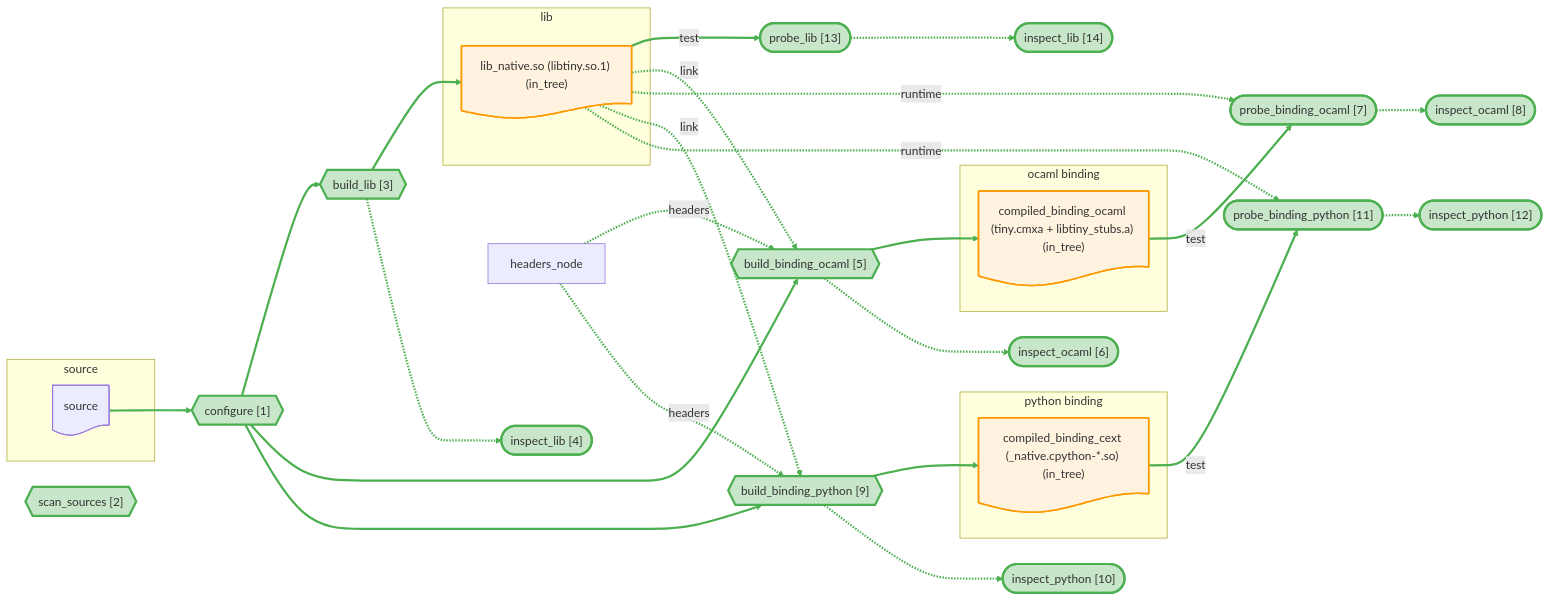
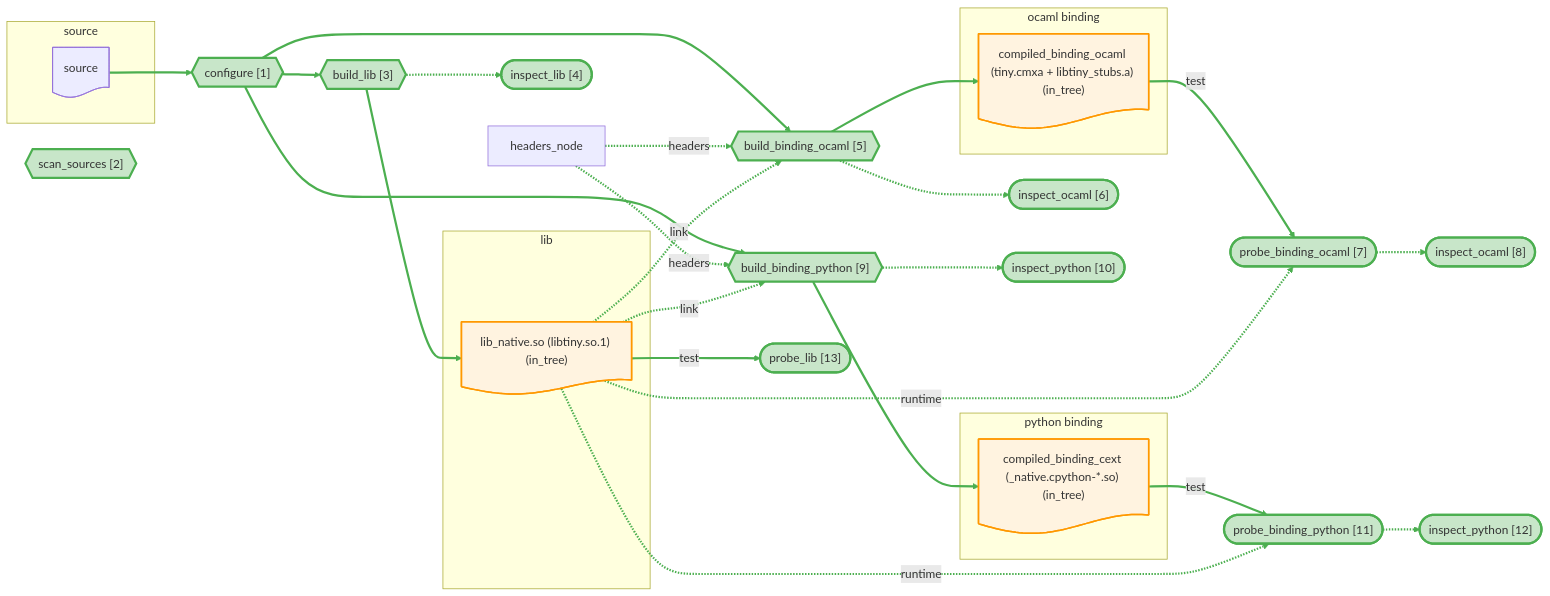
One commit to JHU-PL-Lab/tola changed the diagram in docs/canary/projects/tiny/-run/diagrams/full.mmd. Above: the diagram before and after it, drawn with Mermaid. The commit also changed 17 other files, not shown here.

```diff
--- a/docs/canary/projects/tiny/-run/diagrams/full.mmd
+++ b/docs/canary/projects/tiny/-run/diagrams/full.mmd
@@ -1,98 +1,94 @@
 %% view: full
 graph LR
     subgraph source_sg ["source"]
       source_node@{ shape: doc, label: "source" }
     end
     subgraph lib_sg ["lib"]
       lib_node@{ shape: doc, label: "lib_native.so (libtiny.so.1) (in_tree)" }
     end
     subgraph ocaml_binding_sg ["ocaml binding"]
       ocaml_binding_node@{ shape: doc, label: "compiled_binding_ocaml (tiny.cmxa + libtiny_stubs.a) (in_tree)" }
     end
     subgraph python_binding_sg ["python binding"]
       python_binding_node@{ shape: doc, label: "compiled_binding_cext (_native.cpython-*.so) (in_tree)" }
     end
 
     A_configure{{"configure [1]"}}
     A_scan_sources{{"scan_sources [2]"}}
     A_build_lib{{"build_lib [3]"}}
     A_build_lib_inspect(["inspect_lib [4]"])
     A_build_binding_ocaml{{"build_binding_ocaml [5]"}}
     A_build_binding_ocaml_inspect(["inspect_ocaml [6]"])
     A_probe_binding_ocaml(["probe_binding_ocaml [7]"])
     A_probe_binding_ocaml_inspect(["inspect_ocaml [8]"])
     A_build_binding_python{{"build_binding_python [9]"}}
     A_build_binding_python_inspect(["inspect_python [10]"])
     A_probe_binding_python(["probe_binding_python [11]"])
     A_probe_binding_python_inspect(["inspect_python [12]"])
     A_probe_lib(["probe_lib [13]"])
-    A_probe_lib_inspect(["inspect_lib [14]"])
 
     source_node --> A_configure
     A_configure --> A_build_lib
     A_build_lib --> lib_node
     lib_node -->|test| A_probe_lib
     A_configure --> A_build_binding_ocaml
     headers_node -.->|headers| A_build_binding_ocaml
     lib_node -.->|link| A_build_binding_ocaml
     A_build_binding_ocaml --> ocaml_binding_node
     ocaml_binding_node -->|test| A_probe_binding_ocaml
     lib_node -.->|runtime| A_probe_binding_ocaml
     A_configure --> A_build_binding_python
     headers_node -.->|headers| A_build_binding_python
     lib_node -.->|link| A_build_binding_python
     A_build_binding_python --> python_binding_node
     python_binding_node -->|test| A_probe_binding_python
     lib_node -.->|runtime| A_probe_binding_python
     A_build_lib -.-> A_build_lib_inspect
     A_build_binding_ocaml -.-> A_build_binding_ocaml_inspect
     A_probe_binding_ocaml -.-> A_probe_binding_ocaml_inspect
     A_build_binding_python -.-> A_build_binding_python_inspect
     A_probe_binding_python -.-> A_probe_binding_python_inspect
-    A_probe_lib -.-> A_probe_lib_inspect
 
     classDef artifact fill:#fff3e0,stroke:#ff9800,stroke-width:2px
     classDef store fill:#e8eaf6,stroke:#3f51b5,stroke-width:1.5px
     classDef st_done fill:#c8e6c9,stroke:#4caf50,stroke-width:3px
     classDef st_done_ctx fill:#e8f5e9,stroke:#a5d6a7,stroke-width:1.5px
     classDef st_expected_fail fill:#fff9c4,stroke:#f9a825,stroke-width:2px
     classDef st_failed fill:#ffcdd2,stroke:#c62828,stroke-width:2px
     classDef st_skipped fill:#f5f5f5,stroke:#9e9e9e,stroke-dasharray:5
     classDef st_nospec fill:#fafafa,stroke:#bdbdbd,stroke-dasharray:5
     class lib_node,ocaml_binding_node,python_binding_node artifact
     class A_configure st_done
     class A_scan_sources st_done
     class A_build_lib st_done
     class A_build_lib_inspect st_done
     class A_build_binding_ocaml st_done
     class A_build_binding_ocaml_inspect st_done
     class A_probe_binding_ocaml st_done
     class A_probe_binding_ocaml_inspect st_done
     class A_build_binding_python st_done
     class A_build_binding_python_inspect st_done
     class A_probe_binding_python st_done
     class A_probe_binding_python_inspect st_done
     class A_probe_lib st_done
-    class A_probe_lib_inspect st_done
     linkStyle 0 stroke:#4caf50,stroke-width:3px
     linkStyle 1 stroke:#4caf50,stroke-width:3px
     linkStyle 2 stroke:#4caf50,stroke-width:3px
     linkStyle 3 stroke:#4caf50,stroke-width:3px
     linkStyle 4 stroke:#4caf50,stroke-width:3px
     linkStyle 5 stroke:#4caf50,stroke-width:3px
     linkStyle 6 stroke:#4caf50,stroke-width:3px
     linkStyle 7 stroke:#4caf50,stroke-width:3px
     linkStyle 8 stroke:#4caf50,stroke-width:3px
     linkStyle 9 stroke:#4caf50,stroke-width:3px
     linkStyle 10 stroke:#4caf50,stroke-width:3px
     linkStyle 11 stroke:#4caf50,stroke-width:3px
     linkStyle 12 stroke:#4caf50,stroke-width:3px
     linkStyle 13 stroke:#4caf50,stroke-width:3px
     linkStyle 14 stroke:#4caf50,stroke-width:3px
     linkStyle 15 stroke:#4caf50,stroke-width:3px
     linkStyle 16 stroke:#4caf50,stroke-width:3px
     linkStyle 17 stroke:#4caf50,stroke-width:3px
     linkStyle 18 stroke:#4caf50,stroke-width:3px
     linkStyle 19 stroke:#4caf50,stroke-width:3px
     linkStyle 20 stroke:#4caf50,stroke-width:3px
-    linkStyle 21 stroke:#4caf50,stroke-width:3px
```
